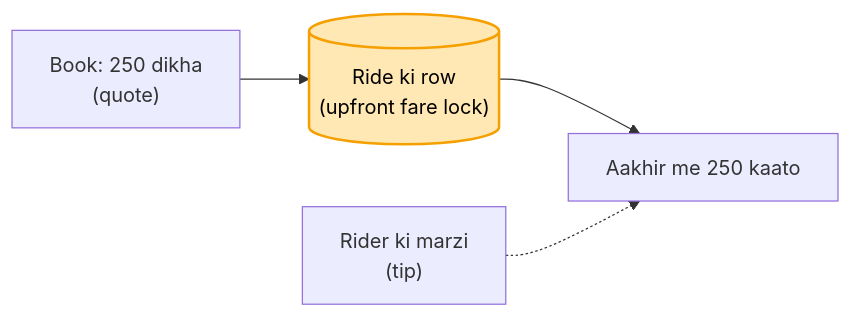
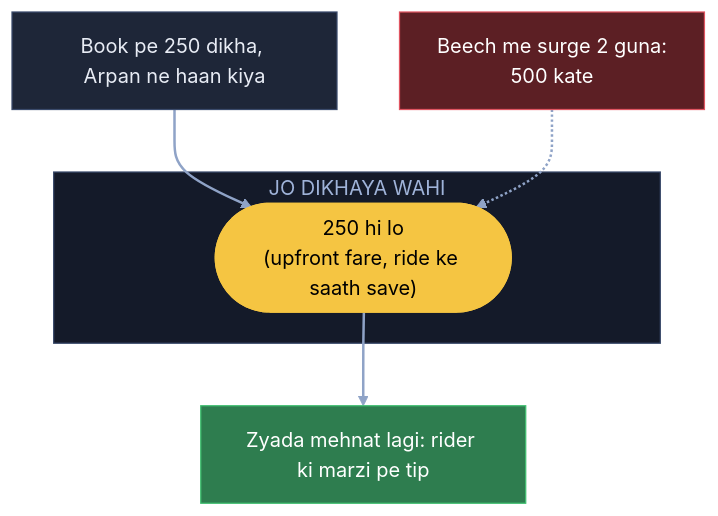
The ninth of 11 diagrams in 04_HLD/SYSTEM_DESIGNS/15_uber/15_uber.md (ArpanMaheshwari144/Prep), drawn with Mermaid before and after one commit. The commit also changed other lines of this file and 3 other files, not shown here.

Commit message:
Uber: 14 diagram hand notes ke shabdon se; K3 / K4 / K10 me naksha + chhoti gaadi (SVG); K6 apni jodi line hatai

````diff
--- a/04_HLD/SYSTEM_DESIGNS/15_uber/15_uber.md
+++ b/04_HLD/SYSTEM_DESIGNS/15_uber/15_uber.md
@@ -229,7 +299,18 @@
 ```mermaid
-flowchart LR
-    B["Book: 250 dikha<br/>(quote)"] --> R[("Ride ki row<br/>(upfront fare lock)")]
-    R --> C["Aakhir me 250 kaato"]
-    T["Rider ki marzi<br/>(tip)"] -.-> C
-    style R fill:#ffe8b3,stroke:#f59f00,stroke-width:2px,color:#000
+flowchart TB
+    A["Book pe 250 dikha, Arpan ne haan kiya"]:::card
+    X["Beech me surge 2 guna:<br/>500 kate"]:::bad
+    subgraph JD["JO DIKHAYA WAHI"]
+        F(["250 hi lo<br/>(upfront fare, ride ke saath save)"]):::pill
+    end
+    T["Zyada mehnat lagi: rider ki marzi pe tip"]:::good
+    A --> F
+    X -.-> F
+    F --> T
+    linkStyle default stroke:#8fa3c7,stroke-width:2px
+    classDef card fill:#1e2638,stroke:#3a4a6b,color:#e8ecf5
+    classDef pill fill:#f5c542,stroke:#f5c542,color:#000
+    classDef good fill:#2e7d4f,stroke:#3fbf6f,color:#fff
+    classDef bad fill:#5c1f24,stroke:#e05561,color:#fff
+    style JD fill:#141a29,stroke:#3a4a6b,color:#9fb3d9
 ```
````
